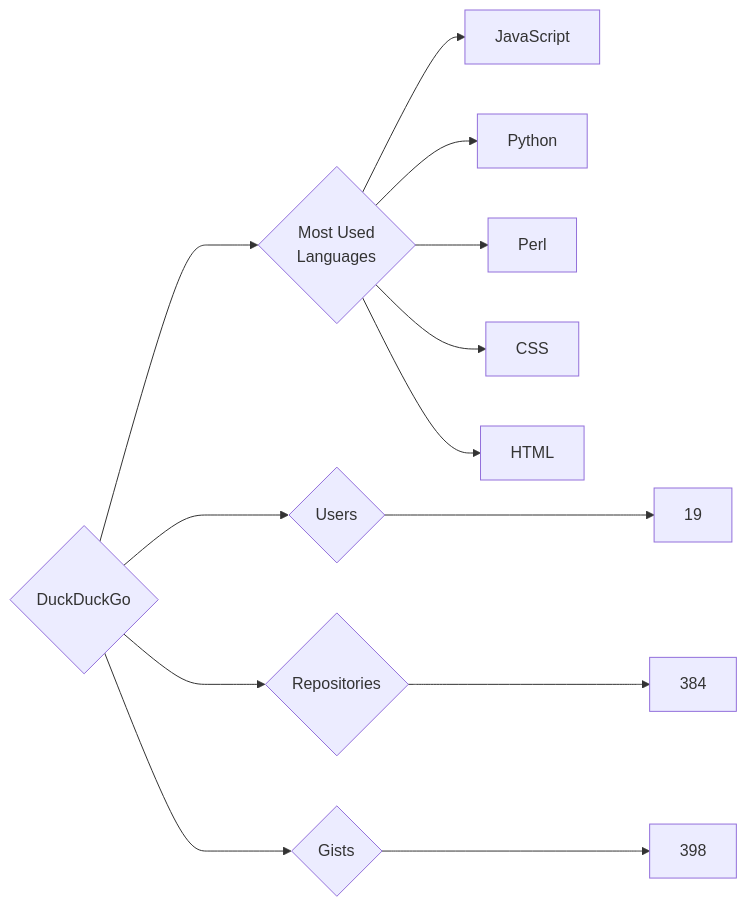
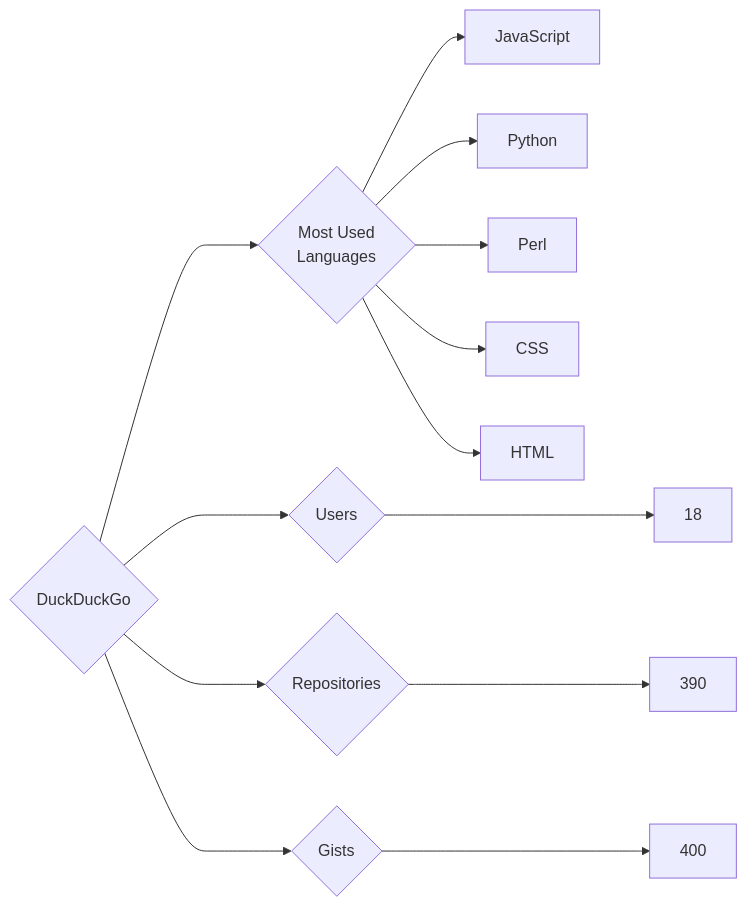
One commit to trickest/insiders changed the diagram in targets/DuckDuckGo/README.md. Above: the diagram before and after it, drawn with Mermaid. The commit also changed 823 other files, not shown here.

````diff
--- a/targets/DuckDuckGo/README.md
+++ b/targets/DuckDuckGo/README.md
@@ -3,13 +3,13 @@
 ```mermaid
 graph LR
 COMPANY_NAME{DuckDuckGo}
-COMPANY_NAME ---> U{Users} ---> UN[19]
-COMPANY_NAME ---> R{Repositories} ---> RN[384]
-COMPANY_NAME ---> G{Gists} ---> GN[398]
+COMPANY_NAME ---> U{Users} ---> UN[18]
+COMPANY_NAME ---> R{Repositories} ---> RN[390]
+COMPANY_NAME ---> G{Gists} ---> GN[400]
 COMPANY_NAME ---> ML{Most Used<br>Languages}
 ML --> JavaScript[JavaScript]
 ML --> Python[Python]
 ML --> Perl[Perl]
 ML --> CSS[CSS]
 ML --> HTML[HTML]
 ```
````
